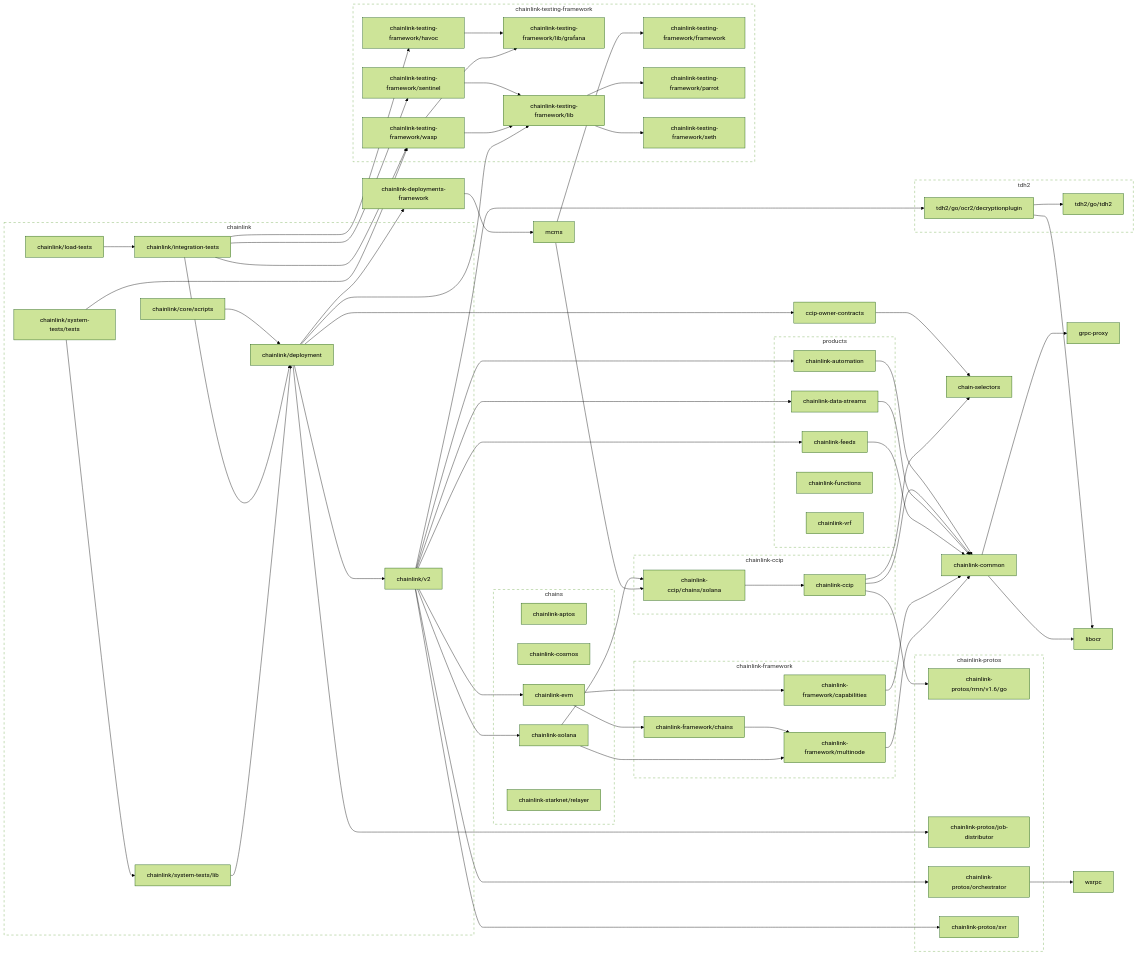
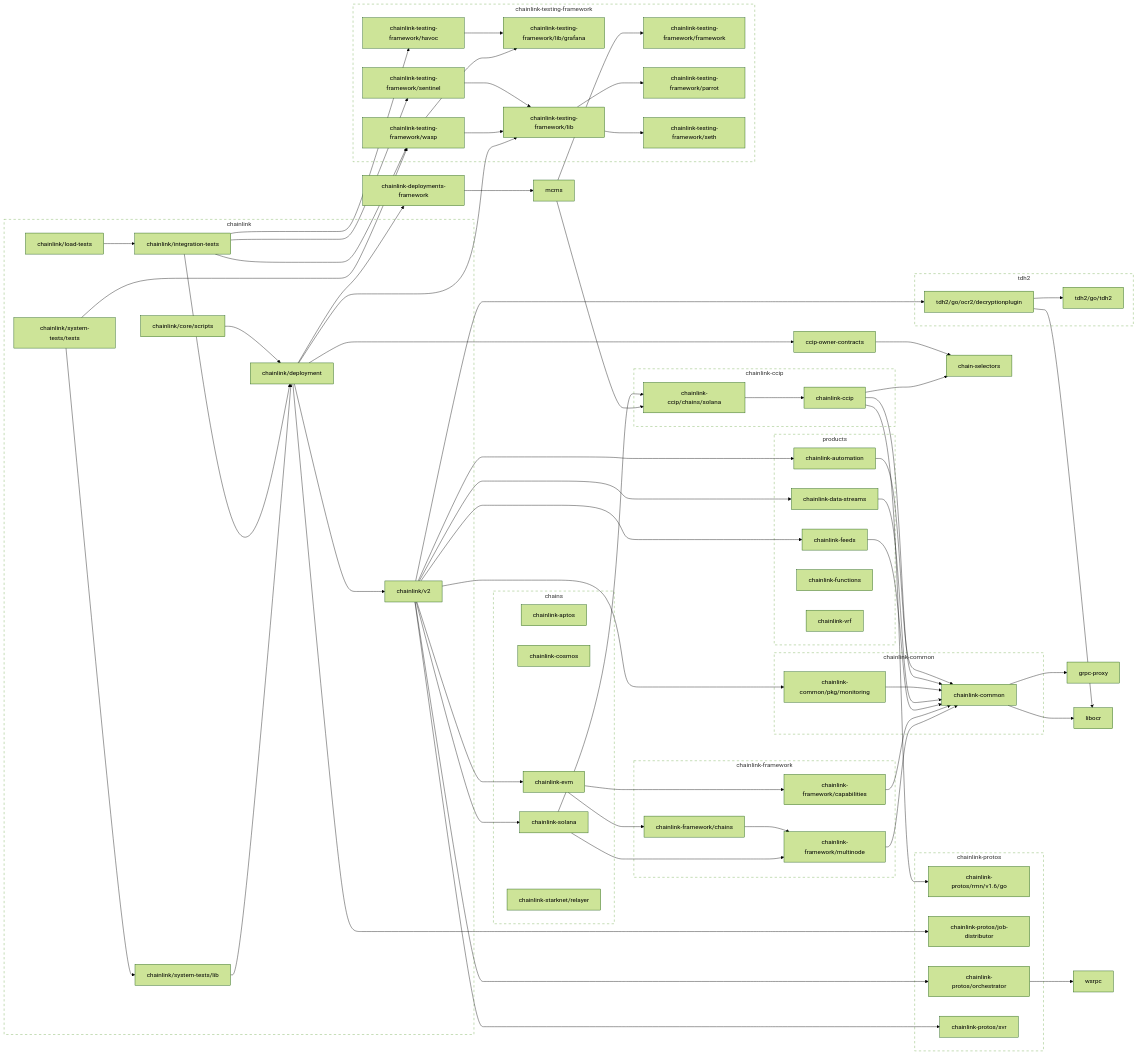
The second of 2 diagrams in go.md (JohnDaWalka/chainlink), drawn with Mermaid (forest theme) before and after one commit. The commit also changed other lines of this file and 20 other files, not shown here.

````diff
--- a/go.md
+++ b/go.md
@@ -143,6 +152,8 @@
 	chainlink-common --> grpc-proxy
 	chainlink-common --> libocr
 	click chainlink-common href "https://github.com/smartcontractkit/chainlink-common"
+	chainlink-common/pkg/monitoring --> chainlink-common
+	click chainlink-common/pkg/monitoring href "https://github.com/smartcontractkit/chainlink-common"
 	chainlink-data-streams --> chainlink-common
 	click chainlink-data-streams href "https://github.com/smartcontractkit/chainlink-data-streams"
 	chainlink-deployments-framework --> mcms
@@ -208,6 +219,7 @@
 	chainlink/system-tests/tests --> chainlink/system-tests/lib
 	click chainlink/system-tests/tests href "https://github.com/smartcontractkit/chainlink"
 	chainlink/v2 --> chainlink-automation
+	chainlink/v2 --> chainlink-common/pkg/monitoring
 	chainlink/v2 --> chainlink-data-streams
 	chainlink/v2 --> chainlink-evm
 	chainlink/v2 --> chainlink-feeds
@@ -248,6 +260,12 @@
 	end
 	click chainlink-ccip-repo href "https://github.com/smartcontractkit/chainlink-ccip"
 
+	subgraph chainlink-common-repo[chainlink-common]
+		 chainlink-common
+		 chainlink-common/pkg/monitoring
+	end
+	click chainlink-common-repo href "https://github.com/smartcontractkit/chainlink-common"
+
 	subgraph chainlink-framework-repo[chainlink-framework]
 		 chainlink-framework/capabilities
 		 chainlink-framework/chains
@@ -282,5 +300,5 @@
 	click tdh2-repo href "https://github.com/smartcontractkit/tdh2"
 
 	classDef outline stroke-dasharray:6,fill:none;
-	class chainlink-repo,chainlink-ccip-repo,chainlink-framework-repo,chainlink-protos-repo,chainlink-testing-framework-repo,tdh2-repo outline
+	class chainlink-repo,chainlink-ccip-repo,chainlink-common-repo,chainlink-framework-repo,chainlink-protos-repo,chainlink-testing-framework-repo,tdh2-repo outline
 ```
````
